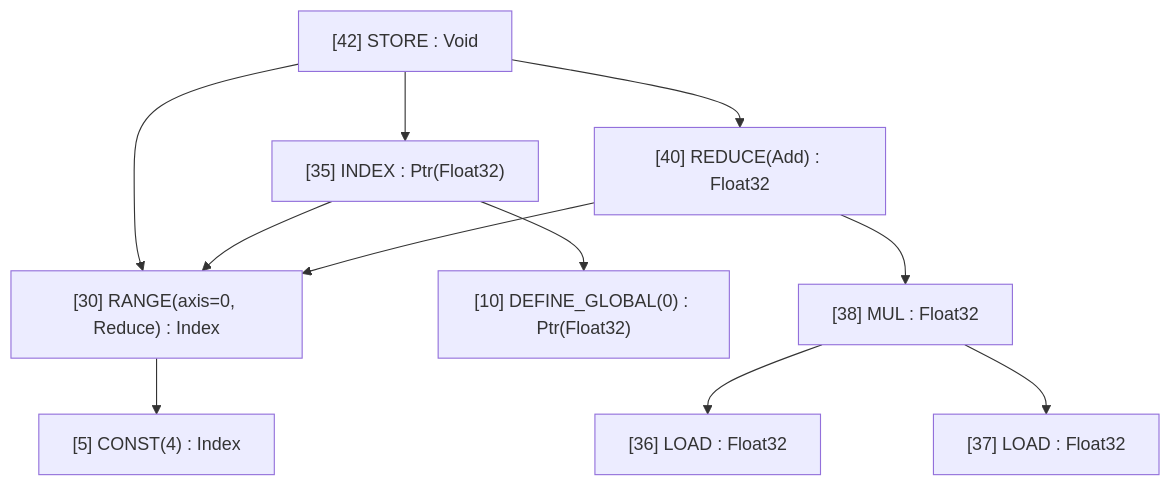
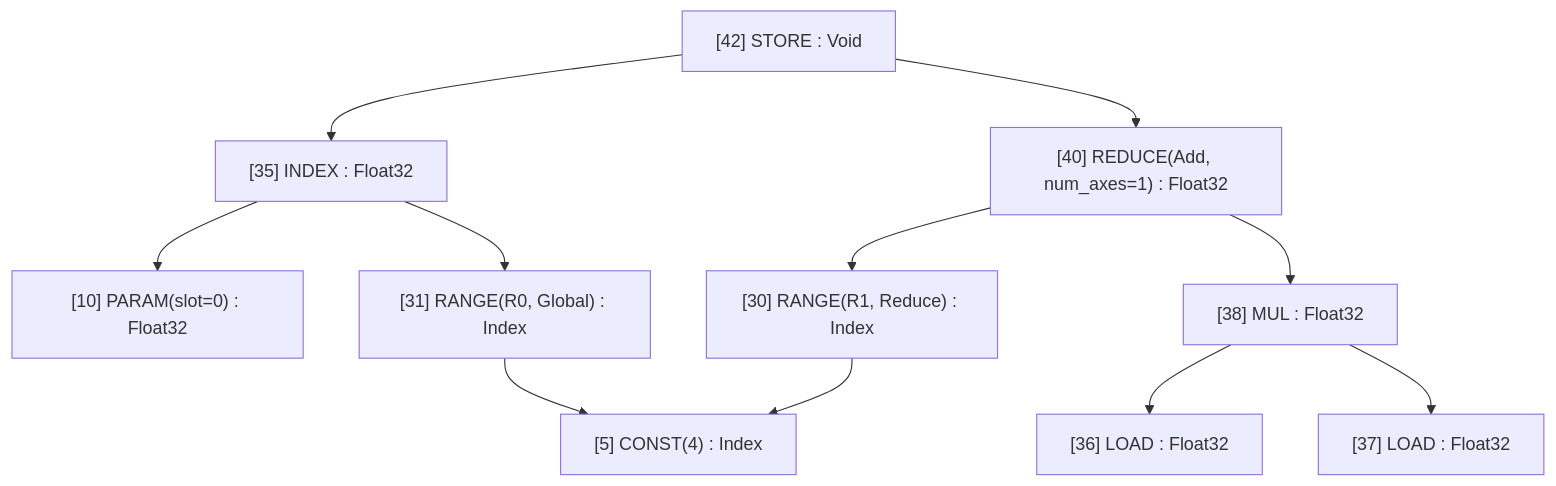
The second of 5 diagrams in website/docs/architecture/ir-design.md (npatsakula/morok), drawn with Mermaid before and after one commit. The commit also changed other lines of this file and 63 other files, not shown here.

First line of the commit message:
[*] docs: verify the architecture chapter against the IR and optimizer

````diff
--- a/website/docs/architecture/ir-design.md
+++ b/website/docs/architecture/ir-design.md
@@ -83,13 +83,13 @@
 ```mermaid
 flowchart TD
-  N42["[42] STORE : Void"] --> N35["[35] INDEX : Ptr(Float32)"]
-  N42 --> N40["[40] REDUCE(Add) : Float32"]
-  N42 --> N30["[30] RANGE(axis=0, Reduce) : Index"]
-  N35 --> N10["[10] DEFINE_GLOBAL(0) : Ptr(Float32)"]
-  N35 --> N30
-  N30 --> N5["[5] CONST(4) : Index"]
+  N42["[42] STORE : Void"] --> N35["[35] INDEX : Float32"]
+  N42 --> N40["[40] REDUCE(Add, num_axes=1) : Float32"]
+  N35 --> N10["[10] PARAM(slot=0) : Float32"]
+  N35 --> N31["[31] RANGE(R0, Global) : Index"]
+  N31 --> N5["[5] CONST(4) : Index"]
   N40 --> N38["[38] MUL : Float32"]
-  N40 --> N30
+  N40 --> N30["[30] RANGE(R1, Reduce) : Index"]
+  N30 --> N5
   N38 --> N36["[36] LOAD : Float32"]
   N38 --> N37["[37] LOAD : Float32"]
 ```
````
